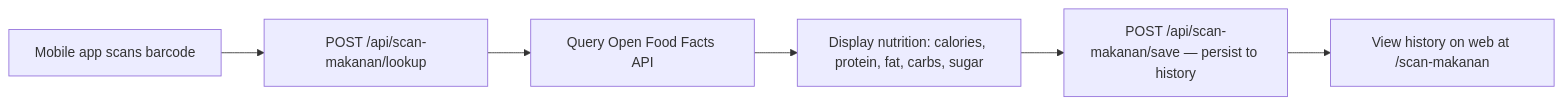
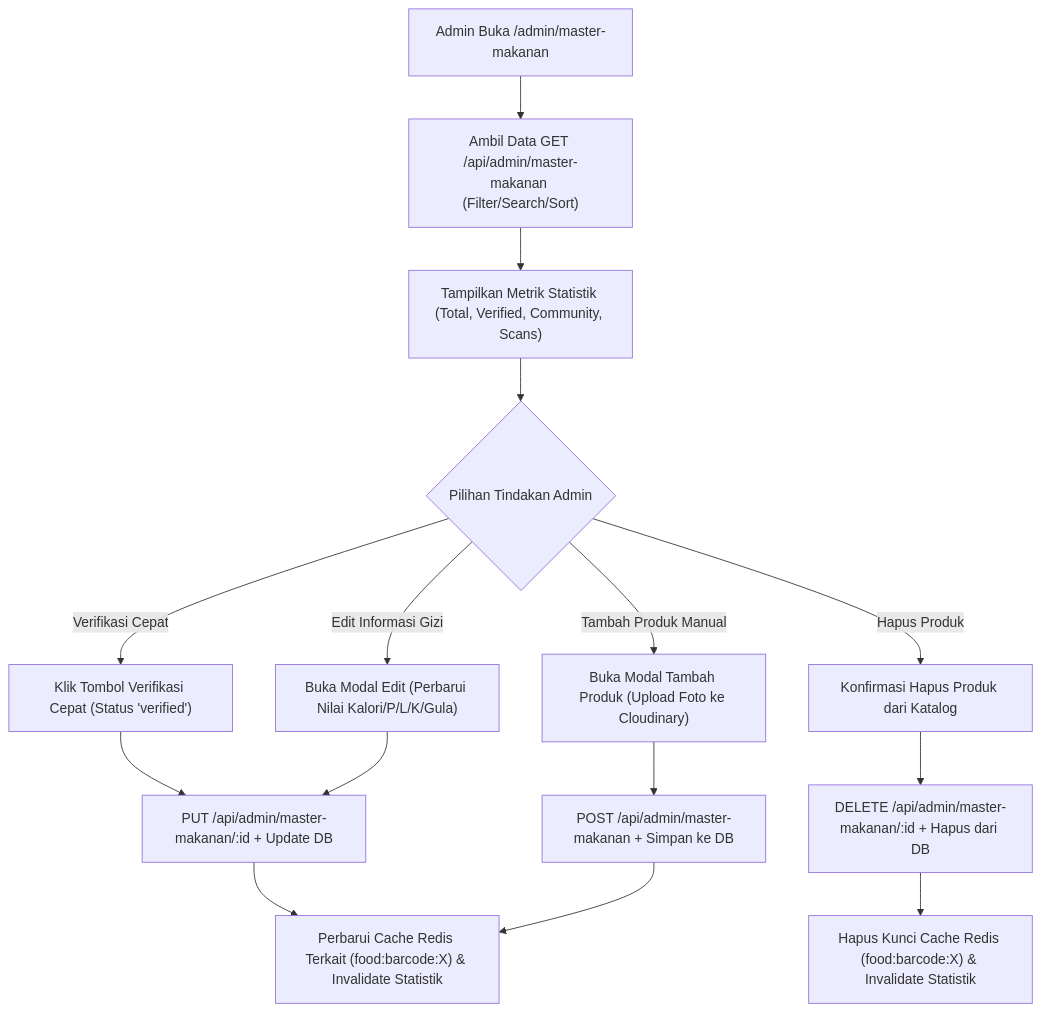
One commit to madsobirin/proyek_3 changed the third of 5 diagrams in docs/PRD.md. Above: the diagram before and after it, drawn with Mermaid. The commit also changed other lines of this file and 2 other files, not shown here.

````diff
--- a/docs/PRD.md
+++ b/docs/PRD.md
@@ -169,8 +168,17 @@
 ```mermaid
-flowchart LR
-    A["Mobile app scans barcode"] --> B["POST /api/scan-makanan/lookup"]
-    B --> C["Query Open Food Facts API"]
-    C --> D["Display nutrition: calories, protein, fat, carbs, sugar"]
-    D --> E["POST /api/scan-makanan/save — persist to history"]
-    E --> F["View history on web at /scan-makanan"]
+flowchart TD
+    A["Admin Buka /admin/master-makanan"] --> B["Ambil Data GET /api/admin/master-makanan (Filter/Search/Sort)"]
+    B --> C["Tampilkan Metrik Statistik (Total, Verified, Community, Scans)"]
+    C --> D{"Pilihan Tindakan Admin"}
+    D -- Verifikasi Cepat --> E["Klik Tombol Verifikasi Cepat (Status 'verified')"]
+    D -- Edit Informasi Gizi --> F["Buka Modal Edit (Perbarui Nilai Kalori/P/L/K/Gula)"]
+    D -- Tambah Produk Manual --> G["Buka Modal Tambah Produk (Upload Foto ke Cloudinary)"]
+    D -- Hapus Produk --> H["Konfirmasi Hapus Produk dari Katalog"]
+    E --> I["PUT /api/admin/master-makanan/:id + Update DB"]
+    F --> I
+    G --> J["POST /api/admin/master-makanan + Simpan ke DB"]
+    H --> K["DELETE /api/admin/master-makanan/:id + Hapus dari DB"]
+    I --> L["Perbarui Cache Redis Terkait (food:barcode:X) & Invalidate Statistik"]
+    J --> L
+    K --> M["Hapus Kunci Cache Redis (food:barcode:X) & Invalidate Statistik"]
 ```
````
